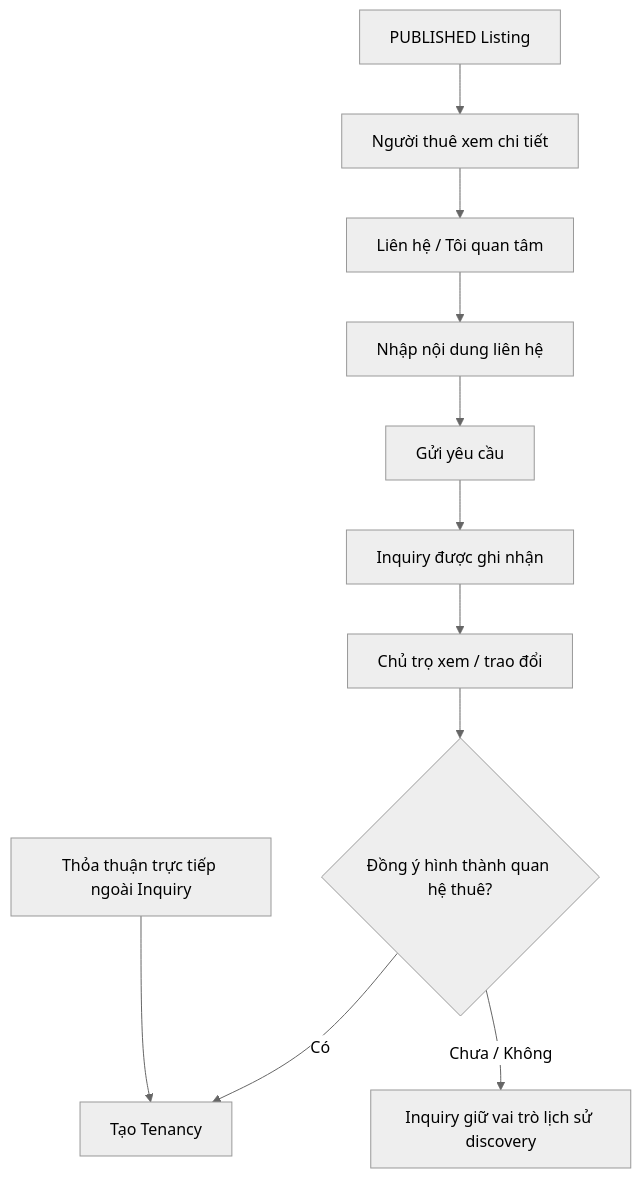
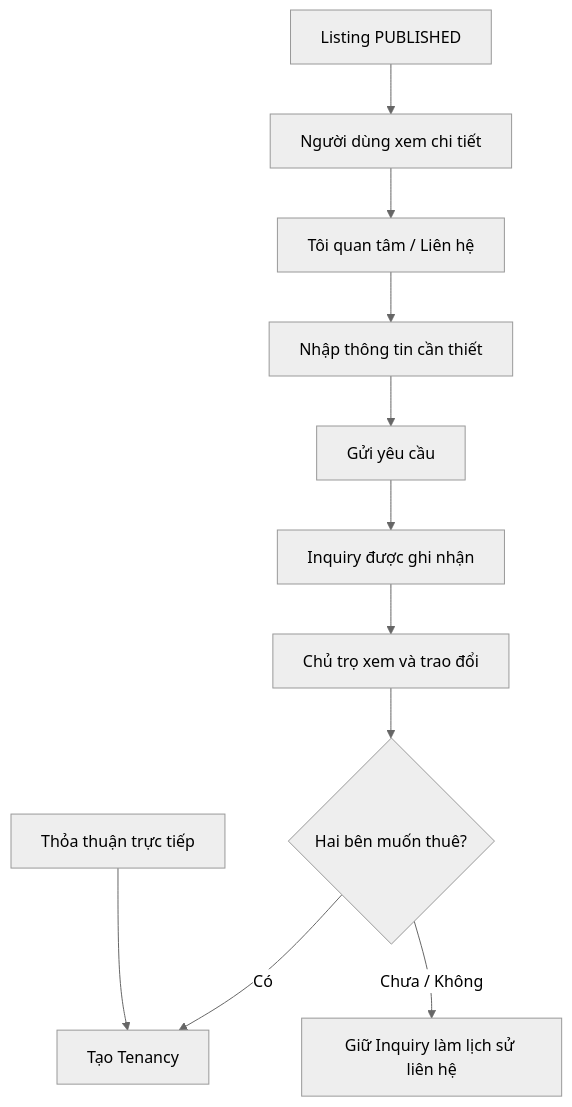
The diagram in docs/backlogs/v1/inquiry.md (Danh20100/moibile_app), drawn with Mermaid (neutral theme) before and after one commit. The commit also changed other lines of this file and 7 other files, not shown here.

````diff
--- a/docs/backlogs/v1/inquiry.md
+++ b/docs/backlogs/v1/inquiry.md
@@ -34,13 +23,13 @@
 ```mermaid
 flowchart TD
-    A["PUBLISHED Listing"] --> B["Người thuê xem chi tiết"]
-    B --> C["Liên hệ / Tôi quan tâm"]
-    C --> D["Nhập nội dung liên hệ"]
+    A["Listing PUBLISHED"] --> B["Người dùng xem chi tiết"]
+    B --> C["Tôi quan tâm / Liên hệ"]
+    C --> D["Nhập thông tin cần thiết"]
     D --> E["Gửi yêu cầu"]
     E --> F["Inquiry được ghi nhận"]
-    F --> G["Chủ trọ xem / trao đổi"]
-    G --> H{"Đồng ý hình thành quan hệ thuê?"}
+    F --> G["Chủ trọ xem và trao đổi"]
+    G --> H{"Hai bên muốn thuê?"}
     H -->|"Có"| I["Tạo Tenancy"]
-    H -->|"Chưa / Không"| J["Inquiry giữ vai trò lịch sử discovery"]
-    K["Thỏa thuận trực tiếp ngoài Inquiry"] --> I
+    H -->|"Chưa / Không"| J["Giữ Inquiry làm lịch sử liên hệ"]
+    K["Thỏa thuận trực tiếp"] --> I
 ```
````
